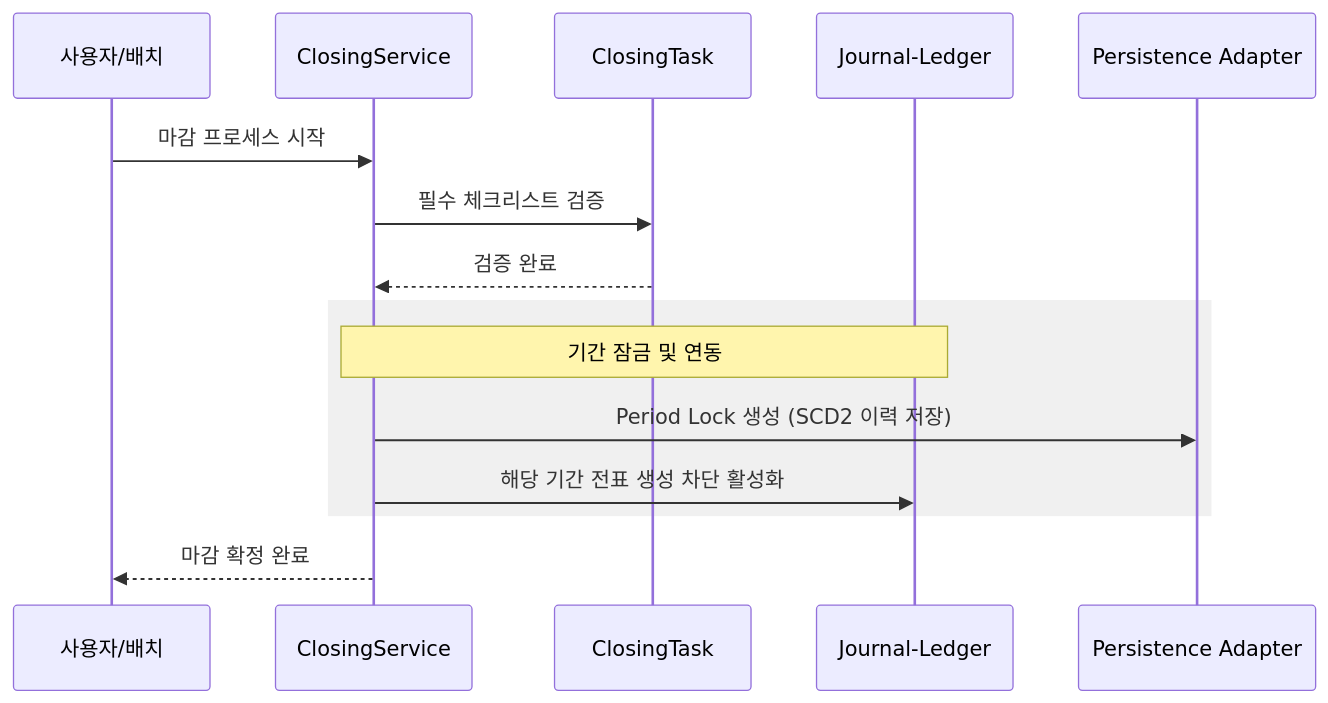
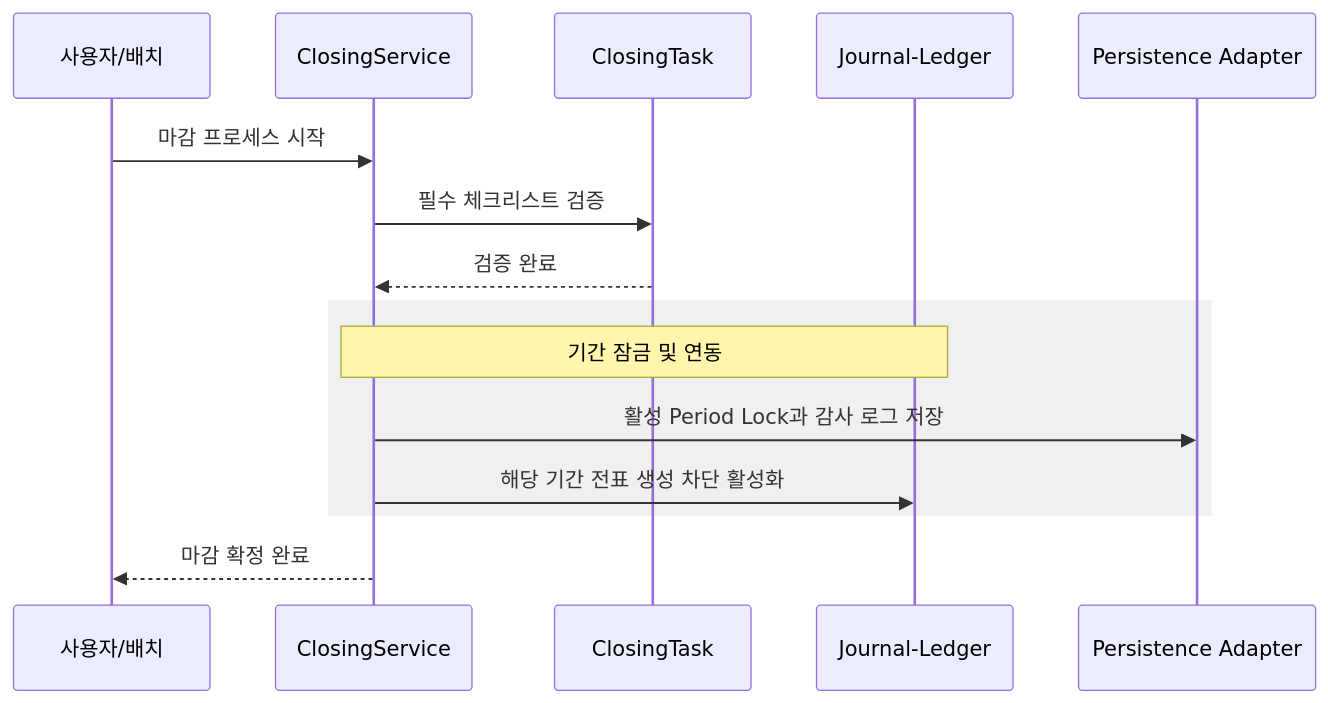
Before and after one commit to skyg547/account: the first of 3 diagrams in closing/README.md, drawn with Mermaid. The commit also changed other lines of this file and 80 other files, not shown here.

````diff
--- a/closing/README.md
+++ b/closing/README.md
@@ -42,20 +42,20 @@
 ```mermaid
 sequenceDiagram
     participant User as 사용자/배치
     participant Service as ClosingService
     participant Task as ClosingTask
     participant Journal as Journal-Ledger
     participant DB as Persistence Adapter
 
     User->>Service: 마감 프로세스 시작
     Service->>Task: 필수 체크리스트 검증
     Task-->>Service: 검증 완료
     
     rect rgb(240, 240, 240)
         Note over Service, Journal: 기간 잠금 및 연동
-        Service->>DB: Period Lock 생성 (SCD2 이력 저장)
+        Service->>DB: 활성 Period Lock과 감사 로그 저장
         Service->>Journal: 해당 기간 전표 생성 차단 활성화
     end
     
     Service-->>User: 마감 확정 완료
 ```
````
